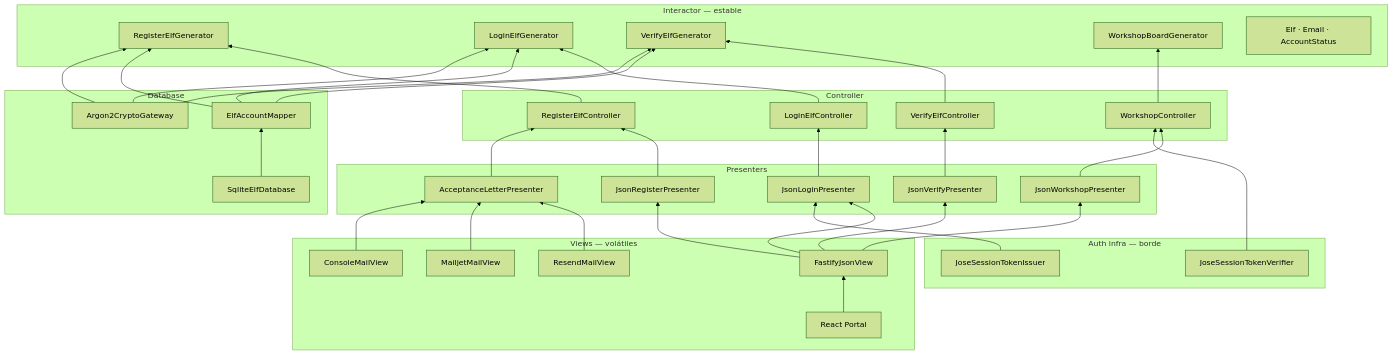
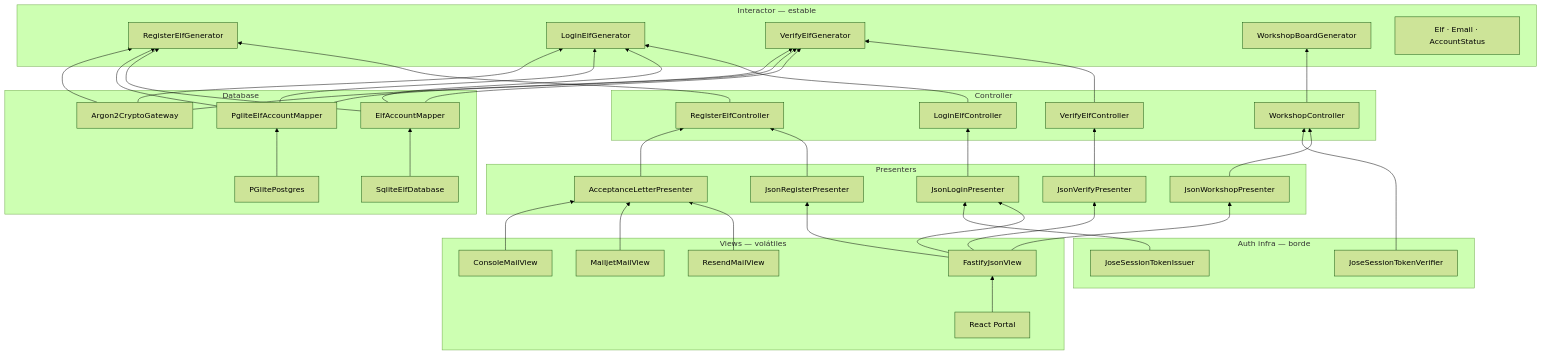
Before and after one commit to derekCmorales/santa-alert: the first of 2 diagrams in docs/component-diagram.md, drawn with Mermaid (forest theme). The commit also changed other lines of this file and 23 other files, not shown here.

````diff
--- a/docs/component-diagram.md
+++ b/docs/component-diagram.md
@@ -7,75 +7,81 @@
 ```mermaid
 flowchart BT
   subgraph views [Views — volátiles]
     FastifyJsonView
     ReactPortal["React Portal"]
     ResendMailView
     MailjetMailView
     ConsoleMailView
   end
 
   subgraph presenters [Presenters]
     JsonRegisterPresenter
     JsonLoginPresenter
     JsonVerifyPresenter
     JsonWorkshopPresenter
     AcceptanceLetterPresenter
   end
 
   subgraph controller [Controller]
     RegisterElfController
     LoginElfController
     VerifyElfController
     WorkshopController
   end
 
   subgraph interactor [Interactor — estable]
     RegisterElfGenerator
     LoginElfGenerator
     VerifyElfGenerator
     WorkshopBoardGenerator
     ElfEntities["Elf · Email · AccountStatus"]
   end
 
   subgraph database [Database]
     ElfAccountMapper
+    PgliteElfAccountMapper
     Argon2CryptoGateway
     SqliteElfDatabase
+    PGlitePostgres
   end
 
   subgraph auth_infra [Auth infra — borde]
     JoseSessionTokenIssuer
     JoseSessionTokenVerifier
   end
 
   FastifyJsonView --> JsonRegisterPresenter
   FastifyJsonView --> JsonLoginPresenter
   FastifyJsonView --> JsonVerifyPresenter
   FastifyJsonView --> JsonWorkshopPresenter
   ReactPortal --> FastifyJsonView
   ResendMailView --> AcceptanceLetterPresenter
   MailjetMailView --> AcceptanceLetterPresenter
   ConsoleMailView --> AcceptanceLetterPresenter
 
   JsonRegisterPresenter --> RegisterElfController
   AcceptanceLetterPresenter --> RegisterElfController
   JsonLoginPresenter --> LoginElfController
   JsonVerifyPresenter --> VerifyElfController
   JsonWorkshopPresenter --> WorkshopController
 
   RegisterElfController --> RegisterElfGenerator
   LoginElfController --> LoginElfGenerator
   VerifyElfController --> VerifyElfGenerator
   WorkshopController --> WorkshopBoardGenerator
 
   ElfAccountMapper --> RegisterElfGenerator
   ElfAccountMapper --> LoginElfGenerator
   ElfAccountMapper --> VerifyElfGenerator
+  PgliteElfAccountMapper --> RegisterElfGenerator
+  PgliteElfAccountMapper --> LoginElfGenerator
+  PgliteElfAccountMapper --> VerifyElfGenerator
   Argon2CryptoGateway --> RegisterElfGenerator
   Argon2CryptoGateway --> LoginElfGenerator
   Argon2CryptoGateway --> VerifyElfGenerator
   SqliteElfDatabase --> ElfAccountMapper
+  PGlitePostgres --> PgliteElfAccountMapper
 
   JoseSessionTokenIssuer --> JsonLoginPresenter
   JoseSessionTokenVerifier --> WorkshopController
 ```
````
